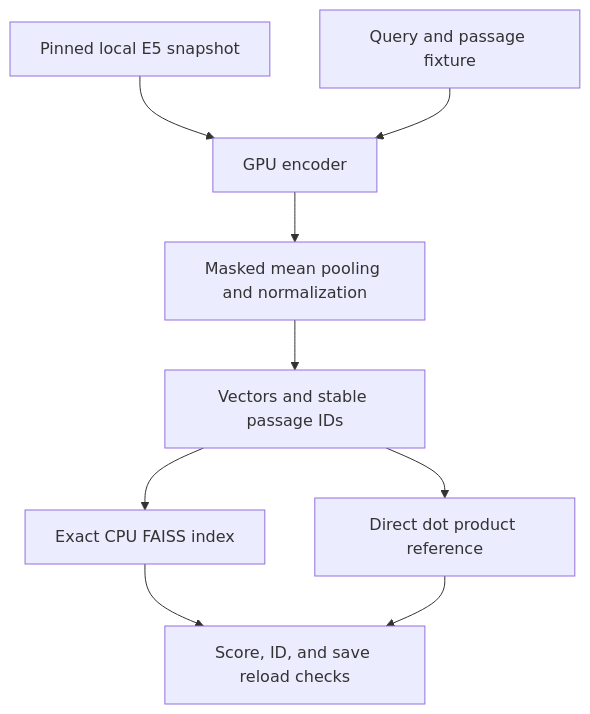
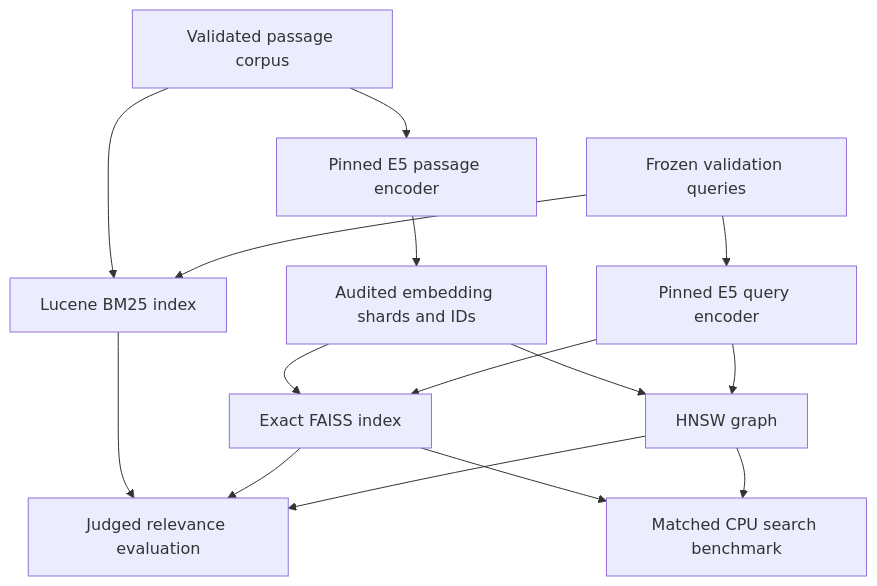
Before and after one commit to AlluSudharshanRao/learning-to-rank-retrieval-system: the diagram in README.md, drawn with Mermaid. The commit also changed other lines of this file and 31 other files, not shown here.

Commit message:
Add full-corpus HNSW retrieval and matched search benchmarks

````diff
--- a/README.md
+++ b/README.md
@@ -11,11 +11,17 @@
 ```mermaid
 flowchart TD
-    Snapshot["Pinned local E5 snapshot"] --> Encoder["GPU encoder"]
-    Inputs["Query and passage fixture"] --> Encoder
-    Encoder --> Pool["Masked mean pooling and normalization"]
-    Pool --> Vectors["Vectors and stable passage IDs"]
-    Vectors --> Index["Exact CPU FAISS index"]
-    Vectors --> Reference["Direct dot product reference"]
-    Index --> Verify["Score, ID, and save reload checks"]
-    Reference --> Verify
+    Corpus["Validated passage corpus"] --> BM25["Lucene BM25 index"]
+    Corpus --> Encoder["Pinned E5 passage encoder"]
+    Encoder --> Shards["Audited embedding shards and IDs"]
+    Shards --> Flat["Exact FAISS index"]
+    Shards --> HNSW["HNSW graph"]
+    Queries["Frozen validation queries"] --> QueryEncoder["Pinned E5 query encoder"]
+    Queries --> BM25
+    QueryEncoder --> Flat
+    QueryEncoder --> HNSW
+    BM25 --> Evaluate["Judged relevance evaluation"]
+    Flat --> Evaluate
+    HNSW --> Evaluate
+    Flat --> Benchmark["Matched CPU search benchmark"]
+    HNSW --> Benchmark
 ```
````
